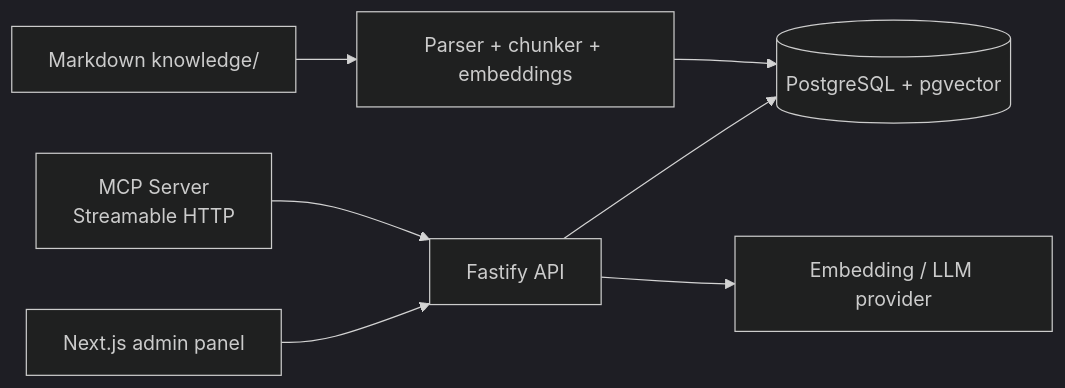
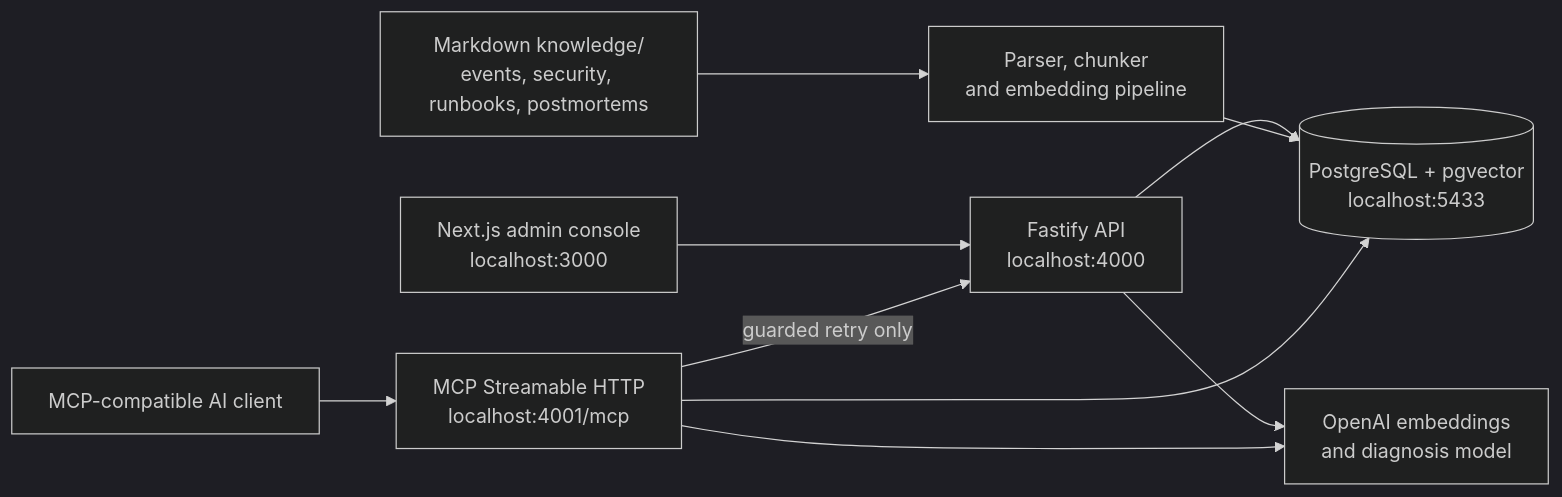
One commit to Robert-Sawyer/hooklens changed the first of 4 diagrams in docs/architecture.md. Above: the diagram before and after it, drawn with Mermaid (dark theme). The commit also changed other lines of this file and 7 other files, not shown here.

````diff
--- a/docs/architecture.md
+++ b/docs/architecture.md
@@ -3,9 +5,14 @@
 ```mermaid
 flowchart LR
-  UI["Next.js admin panel"] --> API["Fastify API"]
-  API --> DB[("PostgreSQL + pgvector")]
-  API --> AI["Embedding / LLM provider"]
-  MCP["MCP Server\nStreamable HTTP"] --> API
-  KB["Markdown knowledge/"] --> INGEST["Parser + chunker + embeddings"]
-  INGEST --> DB
+  Browser["Next.js admin console\nlocalhost:3000"] --> API["Fastify API\nlocalhost:4000"]
+  API --> DB[("PostgreSQL + pgvector\nlocalhost:5433")]
+
+  Knowledge["Markdown knowledge/\nevents, security, runbooks, postmortems"] --> Ingest["Parser, chunker\nand embedding pipeline"]
+  Ingest --> DB
+  API --> OpenAI["OpenAI embeddings\nand diagnosis model"]
+
+  Client["MCP-compatible AI client"] --> MCP["MCP Streamable HTTP\nlocalhost:4001/mcp"]
+  MCP --> DB
+  MCP --> OpenAI
+  MCP -->|"guarded retry only"| API
 ```
````
